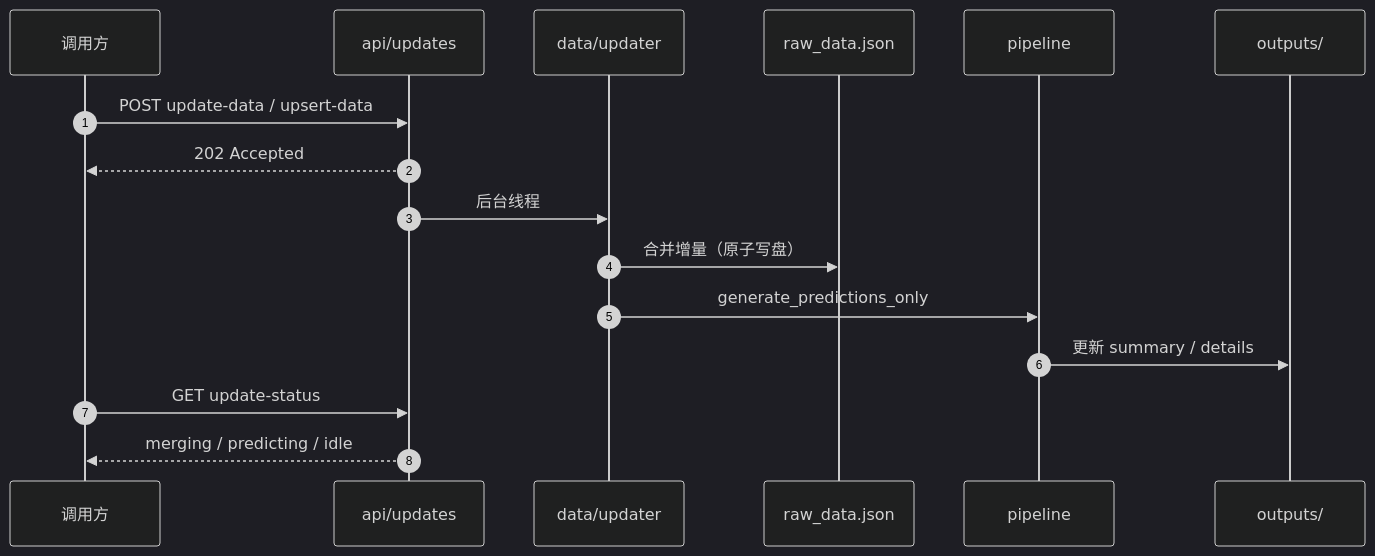
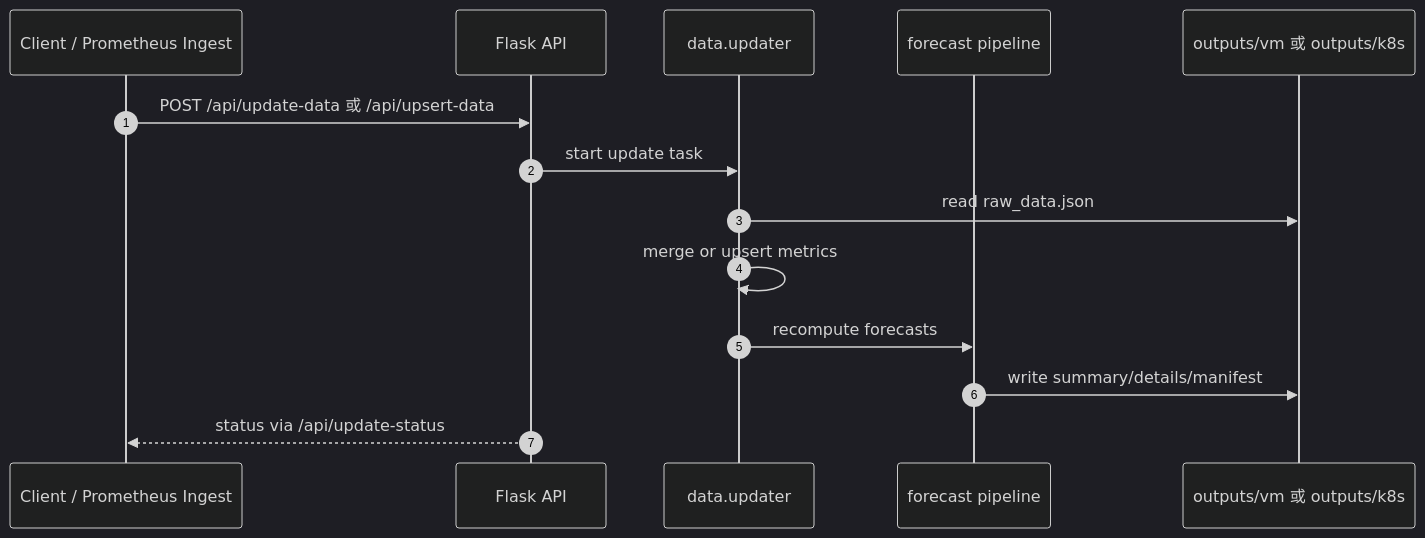
One commit to zorocui/resource_predict changed the third of 4 diagrams in README.md. Above: the diagram before and after it, drawn with Mermaid (dark theme). The commit also changed other lines of this file and 41 other files, not shown here.

````diff
--- a/README.md
+++ b/README.md
@@ -273,19 +155,17 @@
 ```mermaid
 sequenceDiagram
     autonumber
-    participant C as 调用方
-    participant API as api/updates
-    participant U as data/updater
-    participant R as raw_data.json
-    participant P as pipeline
-    participant O as outputs/
+    participant Client as Client / Prometheus Ingest
+    participant API as Flask API
+    participant Updater as data.updater
+    participant Pipeline as forecast pipeline
+    participant Outputs as outputs/vm 或 outputs/k8s
 
-    C->>API: POST update-data / upsert-data
-    API-->>C: 202 Accepted
-    API->>U: 后台线程
-    U->>R: 合并增量（原子写盘）
-    U->>P: generate_predictions_only
-    P->>O: 更新 summary / details
-    C->>API: GET update-status
-    API-->>C: merging / predicting / idle
+    Client->>API: POST /api/update-data 或 /api/upsert-data
+    API->>Updater: start update task
+    Updater->>Outputs: read raw_data.json
+    Updater->>Updater: merge or upsert metrics
+    Updater->>Pipeline: recompute forecasts
+    Pipeline->>Outputs: write summary/details/manifest
+    API-->>Client: status via /api/update-status
 ```
````
